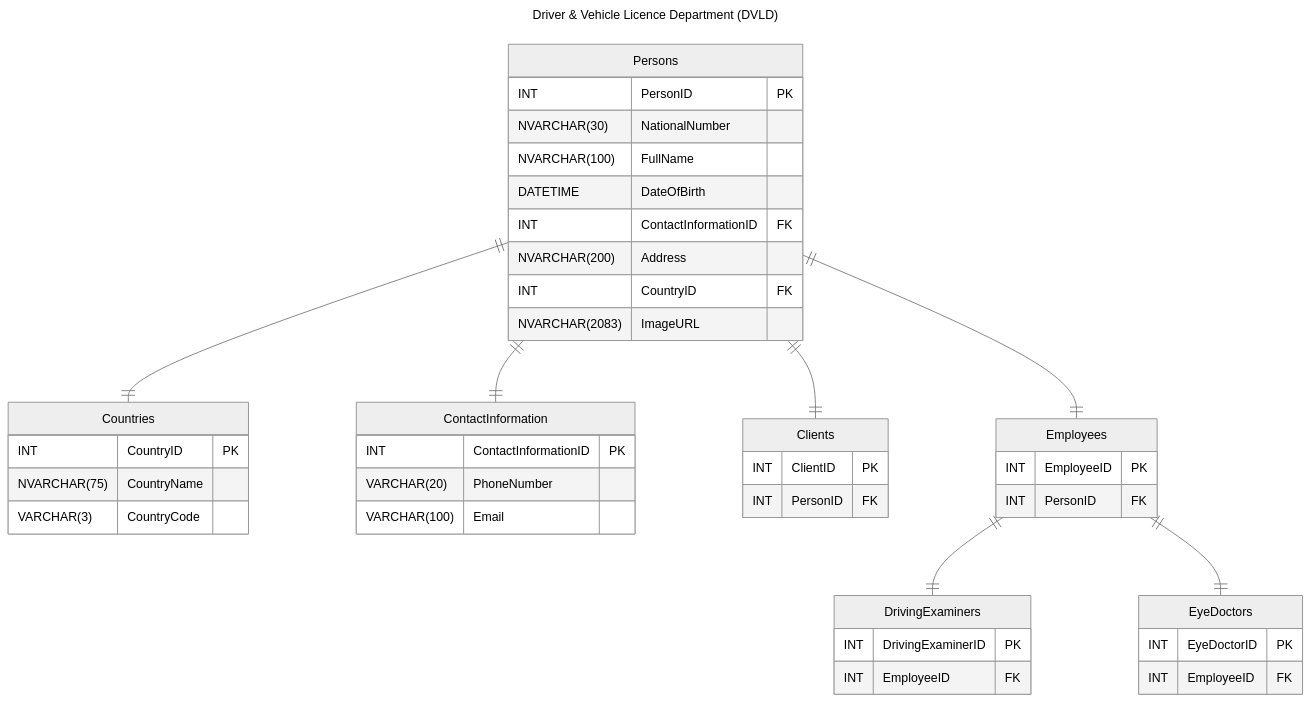
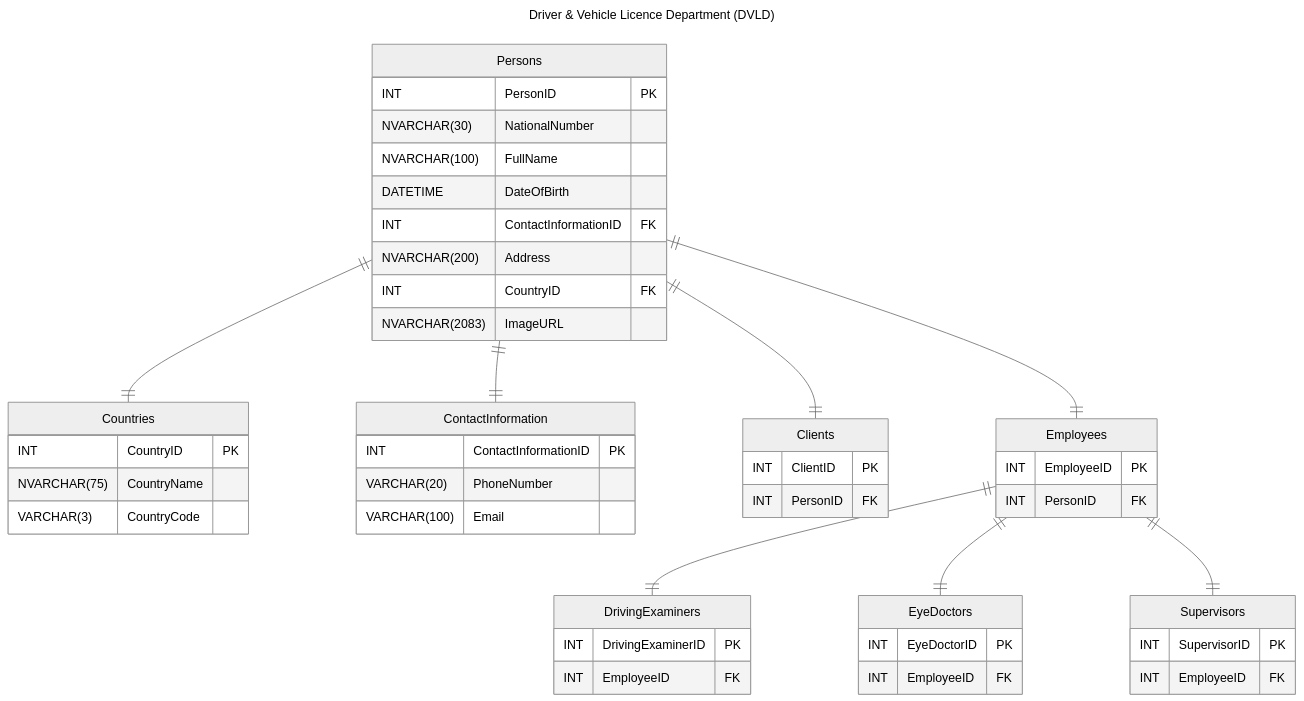
One commit to M4MD24/Full-Real-Project-by-Programming-Advices changed the diagram in RelationalSchema/DriverAndVehicleLicensingDepartment.mmd. Above: the diagram before and after it, drawn with Mermaid (neutral theme).

Commit message:
Create (Supervisors) Tables and Set Relationships

```diff
--- a/RelationalSchema/DriverAndVehicleLicensingDepartment.mmd
+++ b/RelationalSchema/DriverAndVehicleLicensingDepartment.mmd
@@ -1,47 +1,52 @@
 ---
 title: Driver & Vehicle Licence Department (DVLD)
 ---
 erDiagram
     Persons {
         INT PersonID PK
         NVARCHAR(30) NationalNumber
         NVARCHAR(100) FullName
         DATETIME DateOfBirth
         INT ContactInformationID FK
         NVARCHAR(200) Address
         INT CountryID FK
         NVARCHAR(2083) ImageURL
     }
     Countries {
         INT CountryID PK
         NVARCHAR(75) CountryName
         VARCHAR(3) CountryCode
     }
     ContactInformation {
         INT ContactInformationID PK
         VARCHAR(20) PhoneNumber
         VARCHAR(100) Email
     }
     Clients {
         INT ClientID PK
         INT PersonID FK
     }
     Employees {
         INT EmployeeID PK
         INT PersonID FK
     }
     DrivingExaminers {
         INT DrivingExaminerID PK
         INT EmployeeID FK
     }
     EyeDoctors {
         INT EyeDoctorID PK
         INT EmployeeID FK
     }
+    Supervisors {
+        INT SupervisorID PK
+        INT EmployeeID FK
+    }
 
     Persons ||--|| Countries: ""
     Persons ||--|| ContactInformation: ""
     Persons ||--|| Clients: ""
     Persons ||--|| Employees: ""
     Employees ||--|| DrivingExaminers: ""
     Employees ||--|| EyeDoctors: ""
+    Employees ||--|| Supervisors: ""
```
